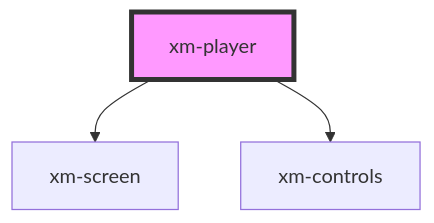
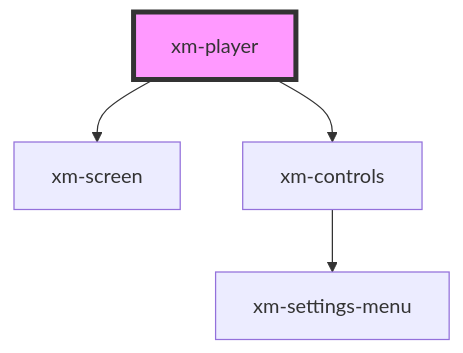
One commit to openHPI/xikolo-video-player changed the diagram in src/components/player/readme.md. Above: the diagram before and after it, drawn with Mermaid. The commit also changed 17 other files, not shown here.

First line of the commit message:
Add settings menu and playback rate controls

````diff
--- a/src/components/player/readme.md
+++ b/src/components/player/readme.md
@@ -76,6 +76,7 @@
 ```mermaid
 graph TD;
   xm-player --> xm-screen
   xm-player --> xm-controls
+  xm-controls --> xm-settings-menu
   style xm-player fill:#f9f,stroke:#333,stroke-width:4px
 ```
````
